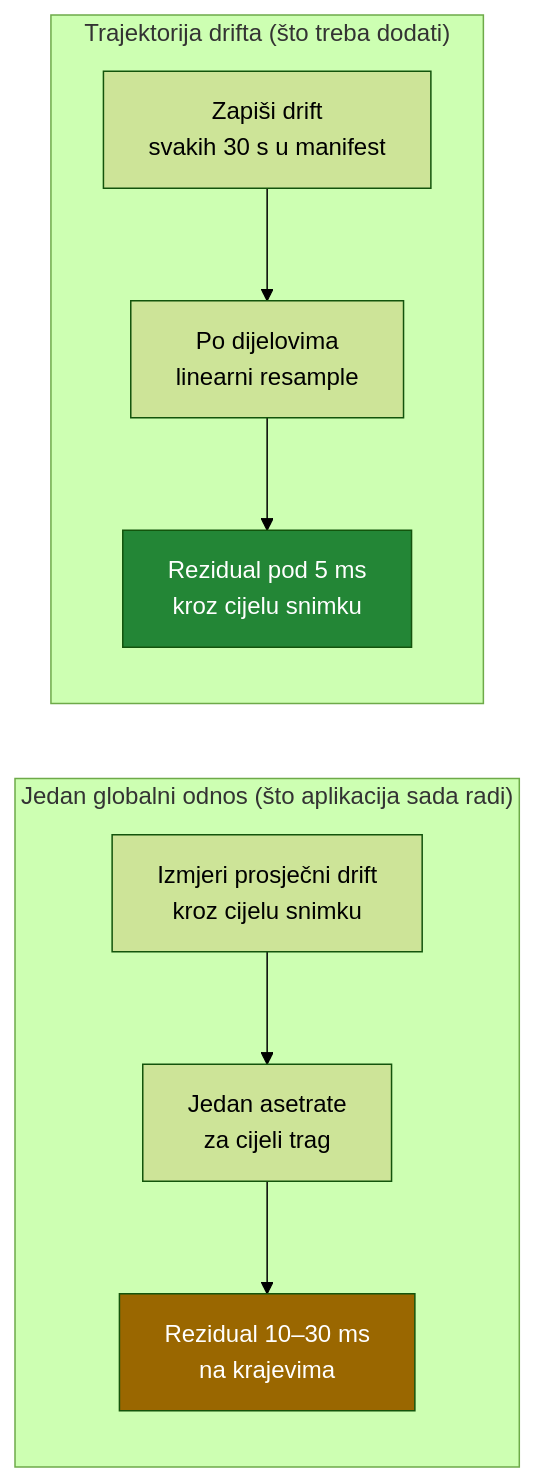
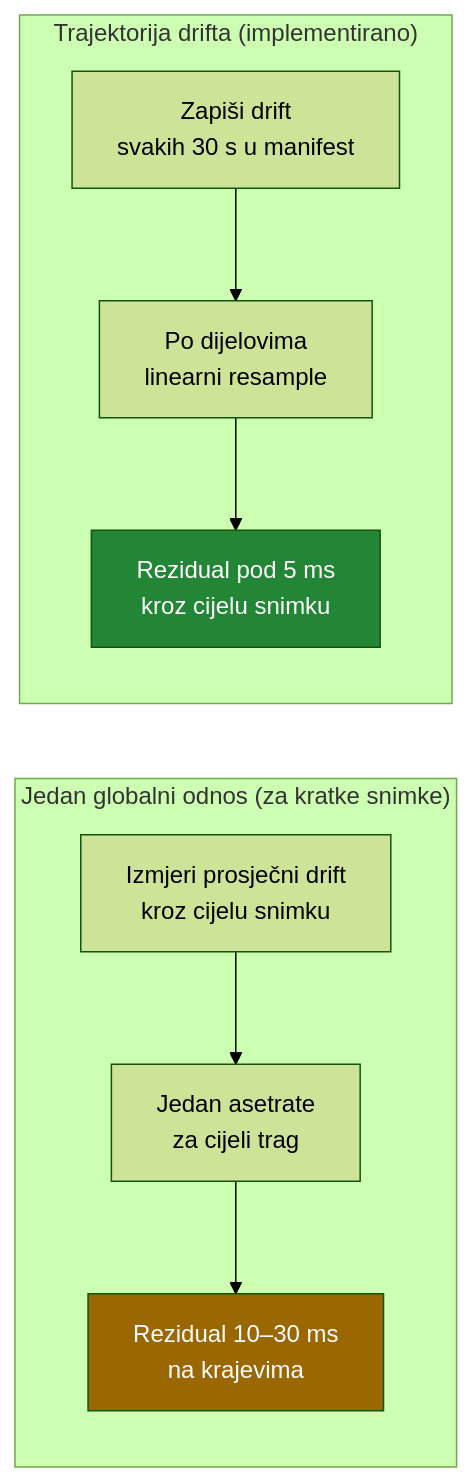
Before and after one commit to domovinatv/producer.domovina.tv: the fifth of 10 diagrams in docs/LIP_SYNC_THEORY.md, drawn with Mermaid (forest theme). The commit also changed other lines of this file and 10 other files, not shown here.

````diff
--- a/docs/LIP_SYNC_THEORY.md
+++ b/docs/LIP_SYNC_THEORY.md
@@ -228,13 +228,13 @@
 ```mermaid
 flowchart LR
-    subgraph BAD["Jedan globalni odnos (što aplikacija sada radi)"]
+    subgraph BAD["Jedan globalni odnos (za kratke snimke)"]
         B1["Izmjeri prosječni drift<br/>kroz cijelu snimku"] --> B2["Jedan asetrate<br/>za cijeli trag"] --> B3["Rezidual 10–30 ms<br/>na krajevima"]
     end
 
-    subgraph GOOD["Trajektorija drifta (što treba dodati)"]
+    subgraph GOOD["Trajektorija drifta (implementirano)"]
         G1["Zapiši drift<br/>svakih 30 s u manifest"] --> G2["Po dijelovima<br/>linearni resample"] --> G3["Rezidual pod 5 ms<br/>kroz cijelu snimku"]
     end
 
     style B3 fill:#9a6700,color:#fff
     style G3 fill:#238636,color:#fff
 ```
````
